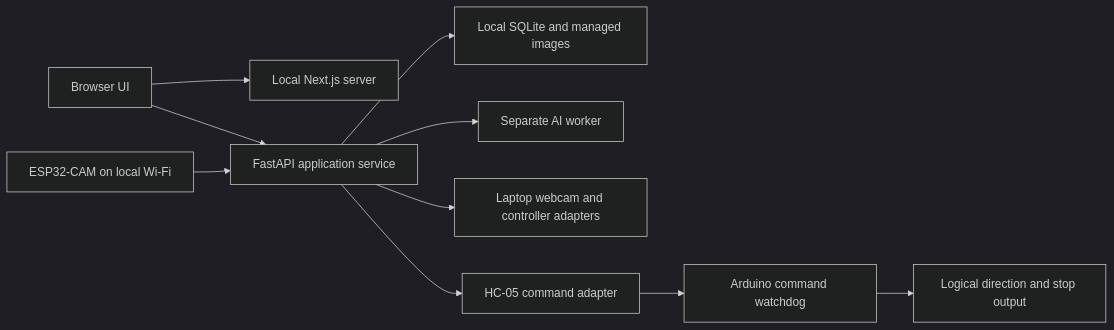
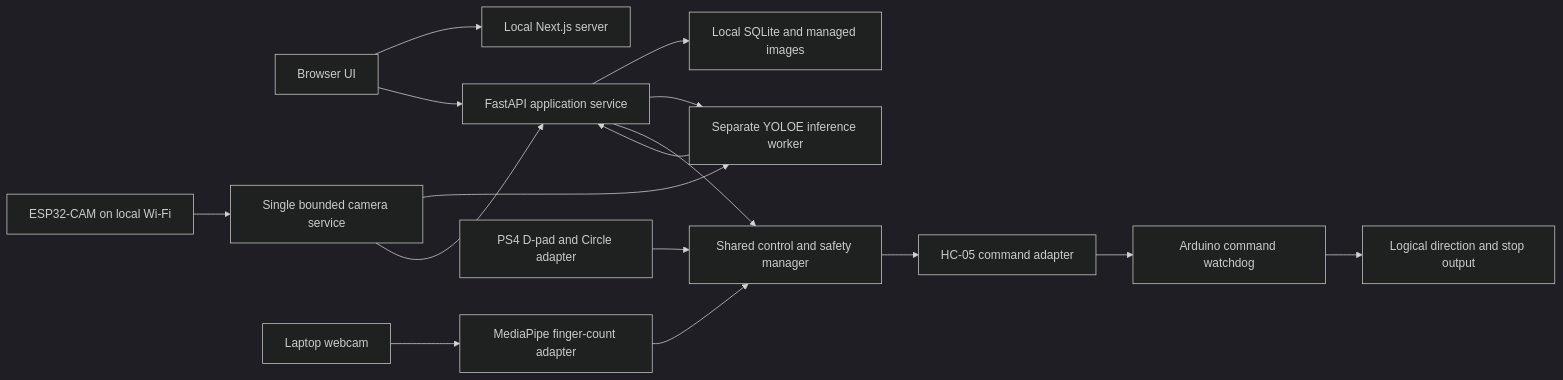
The diagram in docs/ARCHITECTURE.md (alisameh05/Lost-Found_Robotic_Car), drawn with Mermaid (dark theme) before and after one commit. The commit also changed other lines of this file and 20 other files, not shown here.

First line of the commit message:
feat(controls): adopt finger counts and document reuse roadmap

````diff
--- a/docs/ARCHITECTURE.md
+++ b/docs/ARCHITECTURE.md
@@ -27,12 +29,18 @@
 ```mermaid
 flowchart LR
     UI[Browser UI] --> NEXT[Local Next.js server]
     UI --> API[FastAPI application service]
     API --> DATA[Local SQLite and managed images]
-    API --> AI[Separate AI worker]
-    API --> INPUT[Laptop webcam and controller adapters]
-    API --> SERIAL[HC-05 command adapter]
+    API --> AI[Separate YOLOE inference worker]
+    GATE[Shared control and safety manager] --> SERIAL[HC-05 command adapter]
     SERIAL --> UNO[Arduino command watchdog]
     UNO --> OUTPUT[Logical direction and stop output]
-    CAMERA[ESP32-CAM on local Wi-Fi] --> API
+    CAMERA[ESP32-CAM on local Wi-Fi] --> CAPTURE[Single bounded camera service]
+    CAPTURE --> AI
+    CAPTURE --> API
+    AI --> API
+    WEBCAM[Laptop webcam] --> GESTURE[MediaPipe finger-count adapter]
+    GESTURE --> GATE
+    PS4[PS4 D-pad and Circle adapter] --> GATE
+    API --> GATE
 ```
````
